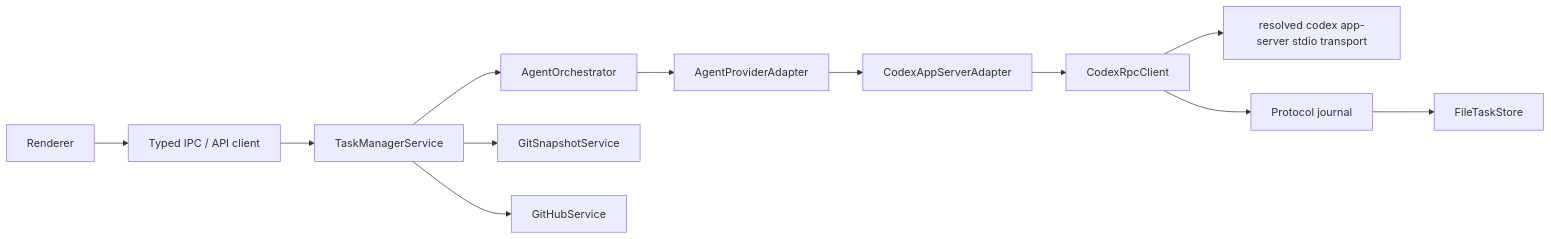
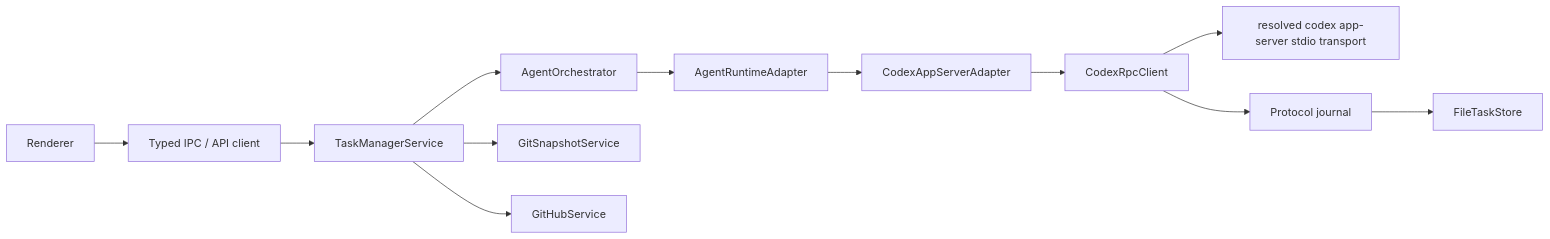
The diagram in docs/APP_SERVER_ARCHITECTURE.md (RojhatToptamus/task-monki), drawn with Mermaid before and after one commit. The commit also changed other lines of this file and 231 other files, not shown here.

First line of the commit message:
Add first-class multi-provider agent runtime support (#6)

````diff
--- a/docs/APP_SERVER_ARCHITECTURE.md
+++ b/docs/APP_SERVER_ARCHITECTURE.md
@@ -32,14 +33,14 @@
 ```mermaid
 flowchart LR
   UI["Renderer"] --> IPC["Typed IPC / API client"]
   IPC --> Service["TaskManagerService"]
   Service --> Orchestrator["AgentOrchestrator"]
-  Orchestrator --> Adapter["AgentProviderAdapter"]
+  Orchestrator --> Adapter["AgentRuntimeAdapter"]
   Adapter --> Codex["CodexAppServerAdapter"]
   Codex --> RPC["CodexRpcClient"]
   RPC --> Server["resolved codex app-server stdio transport"]
   RPC --> Journal["Protocol journal"]
   Journal --> Store["FileTaskStore"]
   Service --> Git["GitSnapshotService"]
   Service --> GitHub["GitHubService"]
 ```
````
